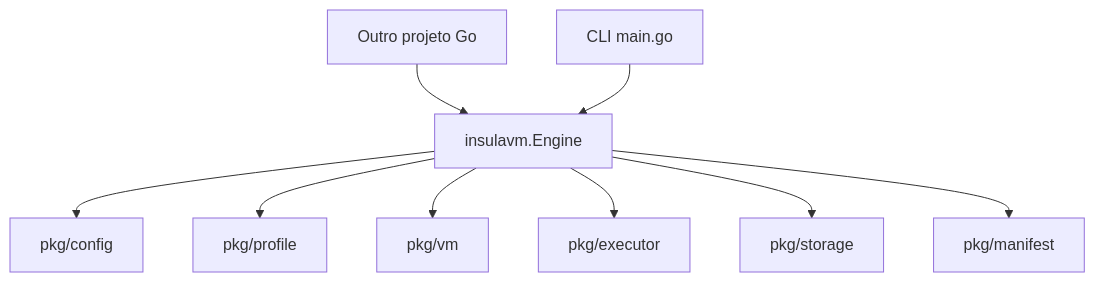
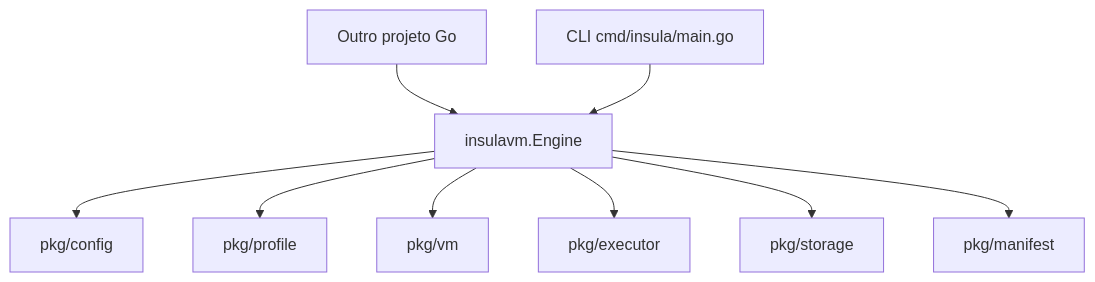
One commit to ahhvahh/InsulaVM changed the diagram in docs/arquitetura/ARQ-004-biblioteca-go.md. Above: the diagram before and after it, drawn with Mermaid. The commit also changed other lines of this file and 45 other files, not shown here.

Commit message:
refactor: organizar CLI e testes em cmd/insula

````diff
--- a/docs/arquitetura/ARQ-004-biblioteca-go.md
+++ b/docs/arquitetura/ARQ-004-biblioteca-go.md
@@ -157,11 +157,11 @@
 ```mermaid
 flowchart TD
     CON[Outro projeto Go] --> API[insulavm.Engine]
-    CLI[CLI main.go] --> API
+    CLI[CLI cmd/insula/main.go] --> API
     API --> CONF[pkg/config]
     API --> PROF[pkg/profile]
     API --> VM[pkg/vm]
     API --> SSH[pkg/executor]
     API --> LOG[pkg/storage]
     API --> MAN[pkg/manifest]
 ```
````
